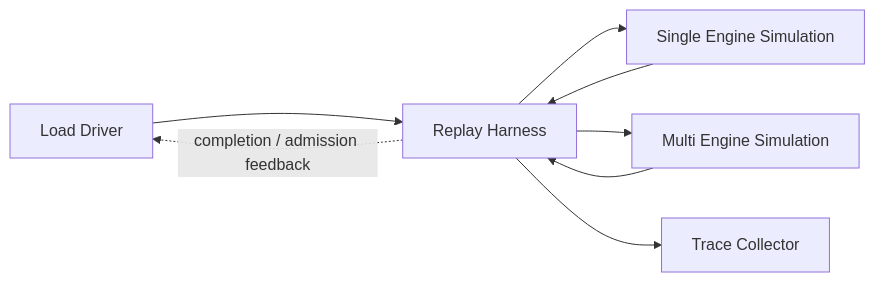
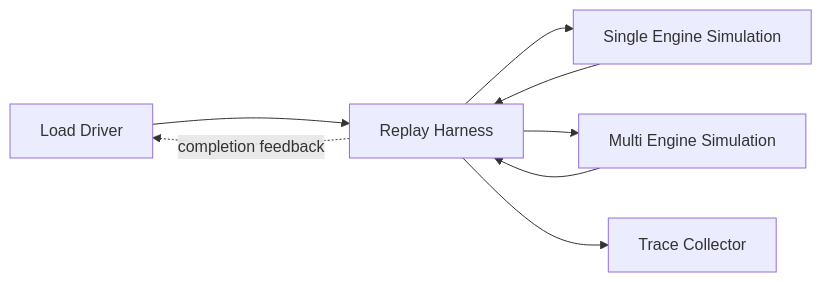
Before and after one commit to ai-dynamo/dynamo: the second of 3 diagrams in docs/blogs/digital-twin-simulation/README.md, drawn with Mermaid.

Commit message:
docs: simplify replay feedback label

````diff
--- a/docs/blogs/digital-twin-simulation/README.md
+++ b/docs/blogs/digital-twin-simulation/README.md
@@ -147,13 +147,13 @@
 ```mermaid
 flowchart LR
     LD[Load Driver] --> H[Replay Harness]
 
     H --> SES[Single Engine Simulation]
     H --> MES[Multi Engine Simulation]
 
     SES --> H
     MES --> H
 
     H --> TC[Trace Collector]
-    H -. "completion / admission feedback" .-> LD
+    H -. "completion feedback" .-> LD
 ```
````
